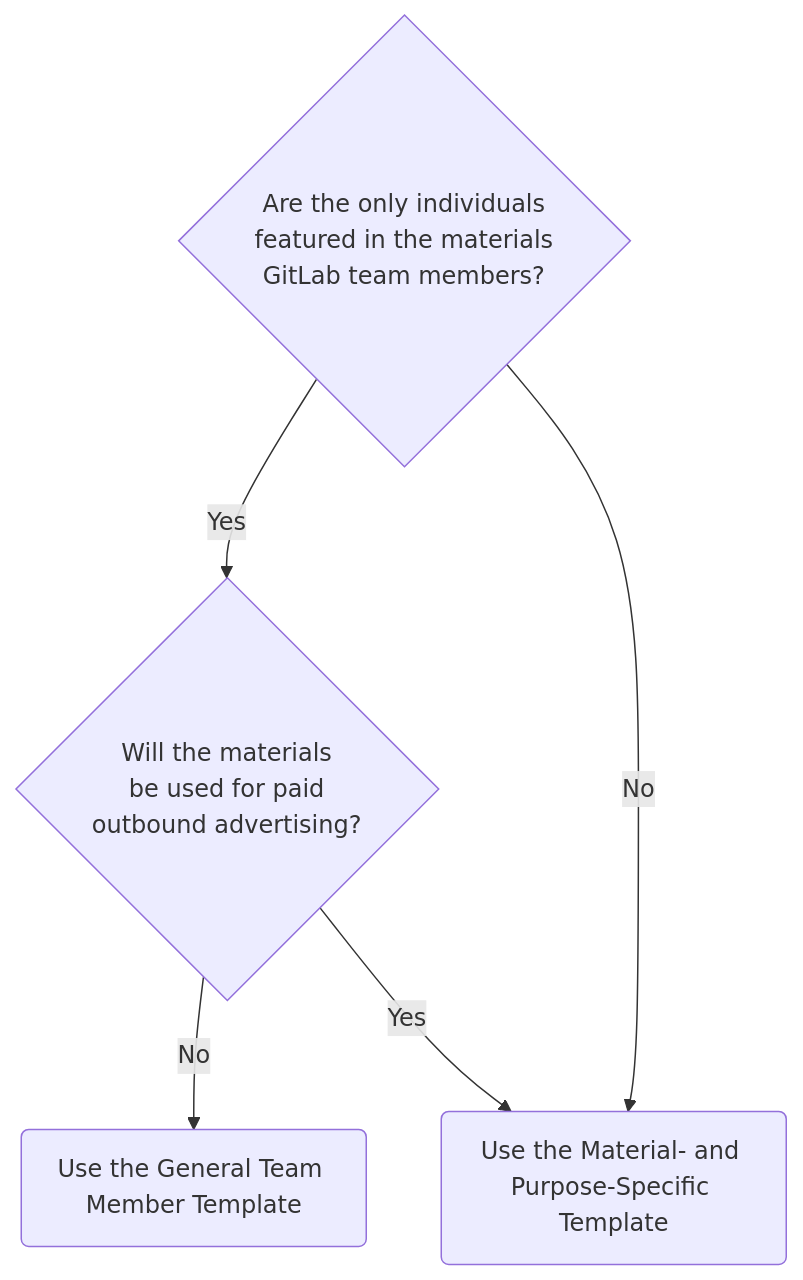
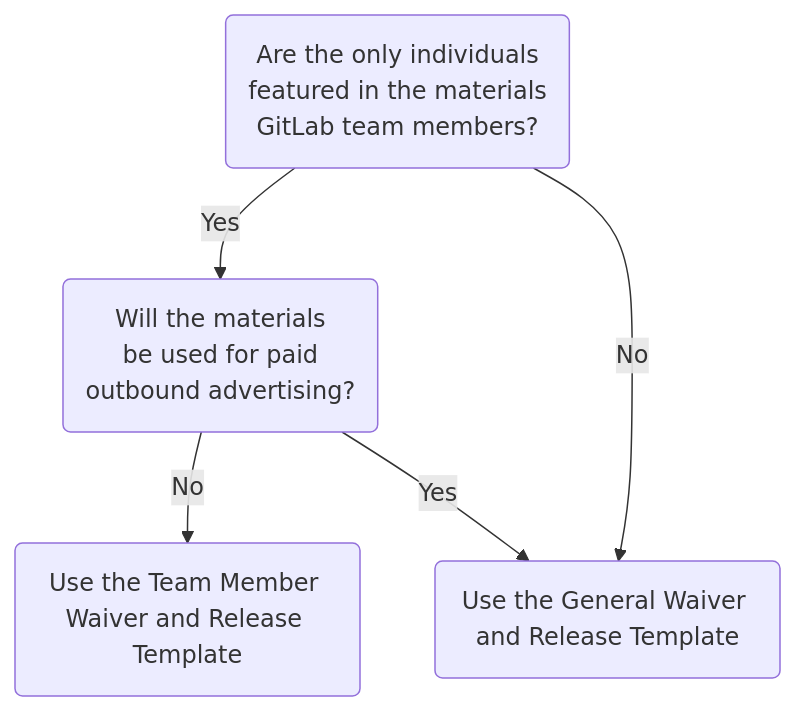
Before and after one commit to zalyoung/gitlab-handbook: the diagram in content/handbook/legal/publicity-waiver-release.md, drawn with Mermaid. The commit also changed other lines of this file, not shown here.

Commit message:
Update file publicity-waiver-release.md

````diff
--- a/content/handbook/legal/publicity-waiver-release.md
+++ b/content/handbook/legal/publicity-waiver-release.md
@@ -26,10 +26,10 @@
 ```mermaid
 graph TD
-  A{Are the only individuals<br> featured in the materials<br> GitLab team members?}-->|Yes|B{Will the materials<br> be used for paid<br> outbound advertising?}
-  A -->|No| C(Use the Material- and Purpose-Specific Template)
-  B -->|No| D(Use the General Team Member Template)
+  A(Are the only individuals<br> featured in the materials<br> GitLab team members?)-->|Yes|B(Will the materials<br> be used for paid<br> outbound advertising?)
+  A -->|No| C(Use the General Waiver and Release Template)
+  B -->|No| D(Use the Team Member Waiver and Release Template)
   B -->|Yes| C
 
 click C "/handbook/legal/publicity-waiver-release/#material-and-purpose-specific-publicity-waiver-and-release"
 click D "/handbook/legal/publicity-waiver-release/#team-member-general-publicity-waiver-and-release"
 ```
````
